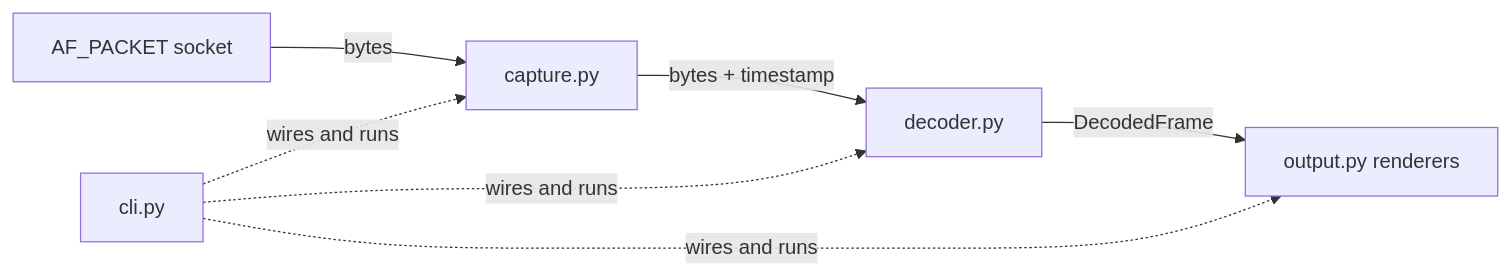
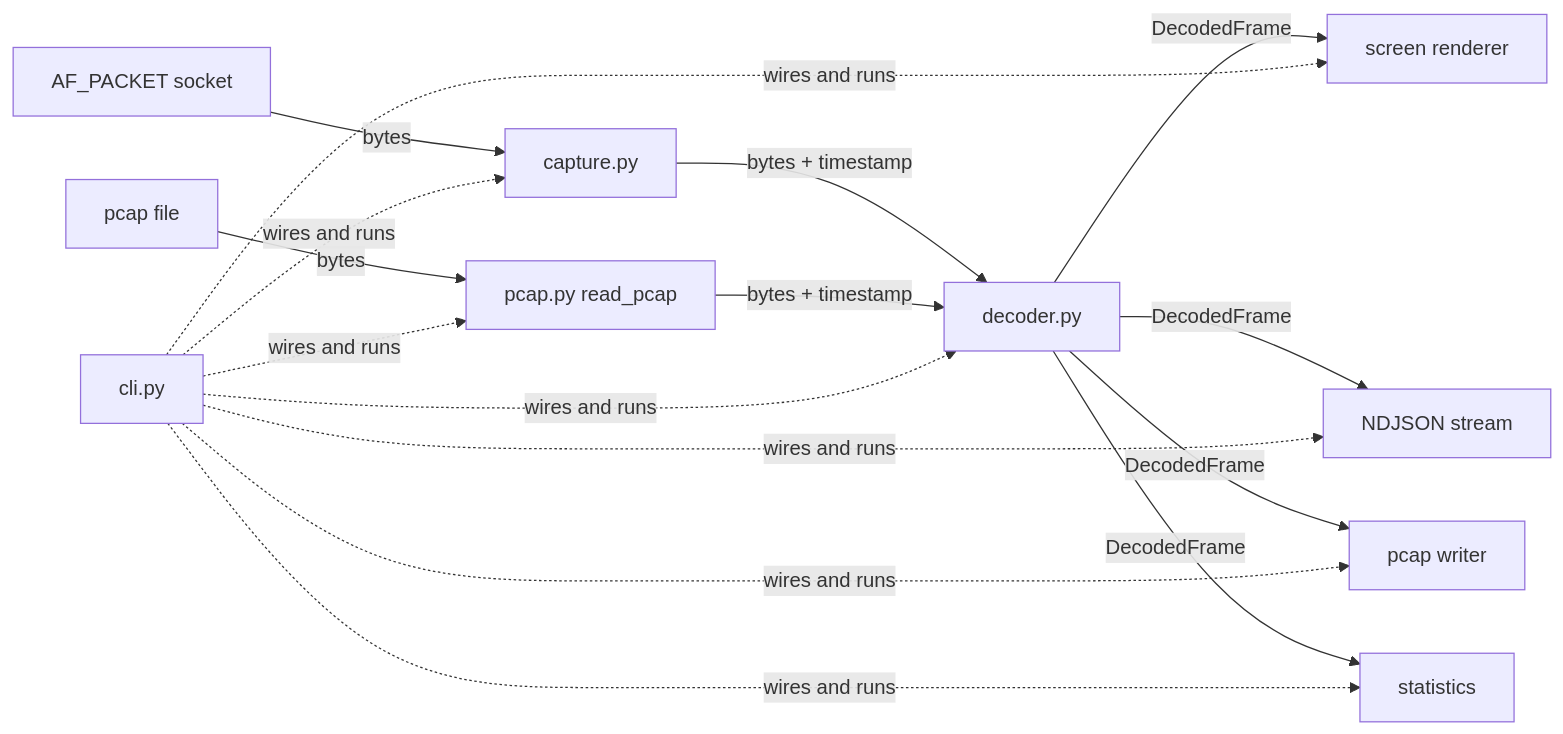
The diagram in ARCHITECTURE.md (EONRaider/RootWire), drawn with Mermaid before and after one commit. The commit also changed other lines of this file and 25 other files, not shown here.

````diff
--- a/ARCHITECTURE.md
+++ b/ARCHITECTURE.md
@@ -14,7 +14,12 @@
 ```mermaid
 flowchart LR
   S[AF_PACKET socket] -->|bytes| C[capture.py]
+  F[pcap file] -->|bytes| P[pcap.py read_pcap]
   C -->|"bytes + timestamp"| D[decoder.py]
-  D -->|DecodedFrame| O[output.py renderers]
-  CLI[cli.py] -.wires and runs.-> C & D & O
+  P -->|"bytes + timestamp"| D
+  D -->|DecodedFrame| O1[screen renderer]
+  D -->|DecodedFrame| O2[NDJSON stream]
+  D -->|DecodedFrame| O3[pcap writer]
+  D -->|DecodedFrame| O4[statistics]
+  CLI[cli.py] -.wires and runs.-> C & P & D & O1 & O2 & O3 & O4
 ```
````
